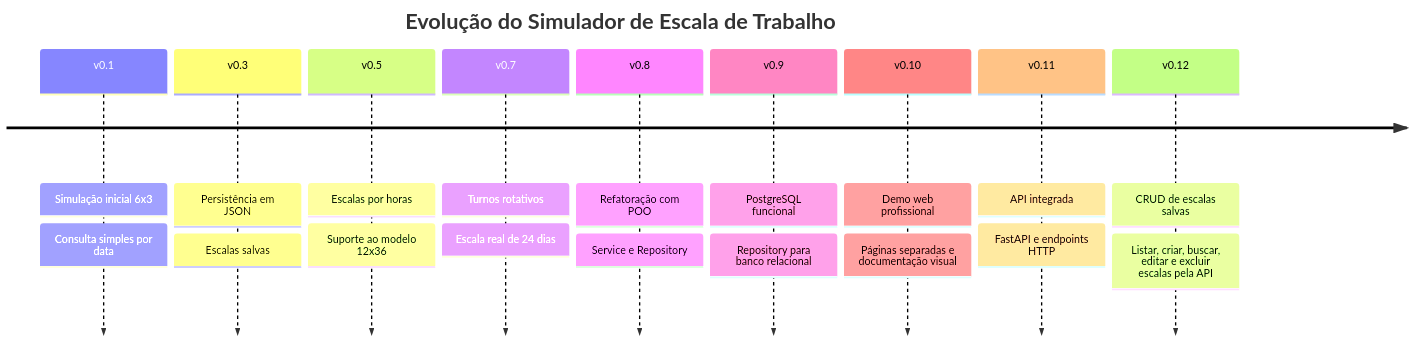
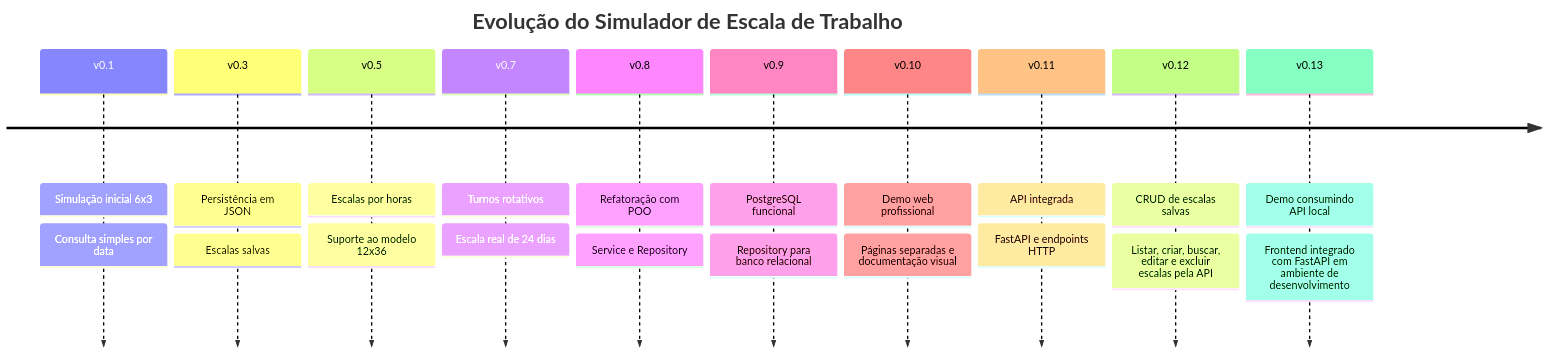
Before and after one commit to Dinox75/simulador-escala-trabalho: the first of 4 diagrams in README.md, drawn with Mermaid. The commit also changed other lines of this file and 9 other files, not shown here.

````diff
--- a/README.md
+++ b/README.md
@@ -172,22 +173,24 @@
 ```mermaid
 timeline
     title Evolução do Simulador de Escala de Trabalho
     v0.1 : Simulação inicial 6x3
          : Consulta simples por data
     v0.3 : Persistência em JSON
          : Escalas salvas
     v0.5 : Escalas por horas
          : Suporte ao modelo 12x36
     v0.7 : Turnos rotativos
          : Escala real de 24 dias
     v0.8 : Refatoração com POO
          : Service e Repository
     v0.9 : PostgreSQL funcional
          : Repository para banco relacional
     v0.10 : Demo web profissional
           : Páginas separadas e documentação visual
     v0.11 : API integrada
           : FastAPI e endpoints HTTP
     v0.12 : CRUD de escalas salvas
           : Listar, criar, buscar, editar e excluir escalas pela API
+    v0.13 : Demo consumindo API local
+          : Frontend integrado com FastAPI em ambiente de desenvolvimento
 ```
````
